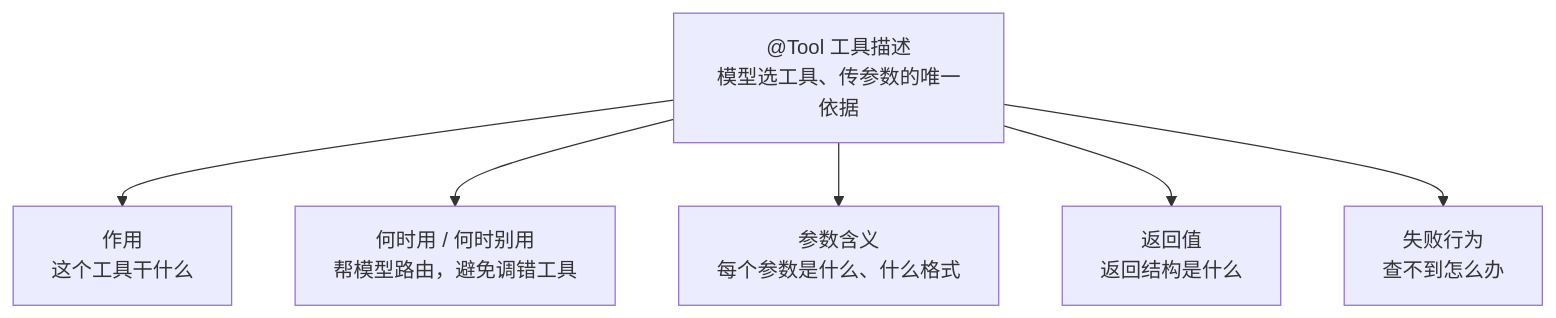
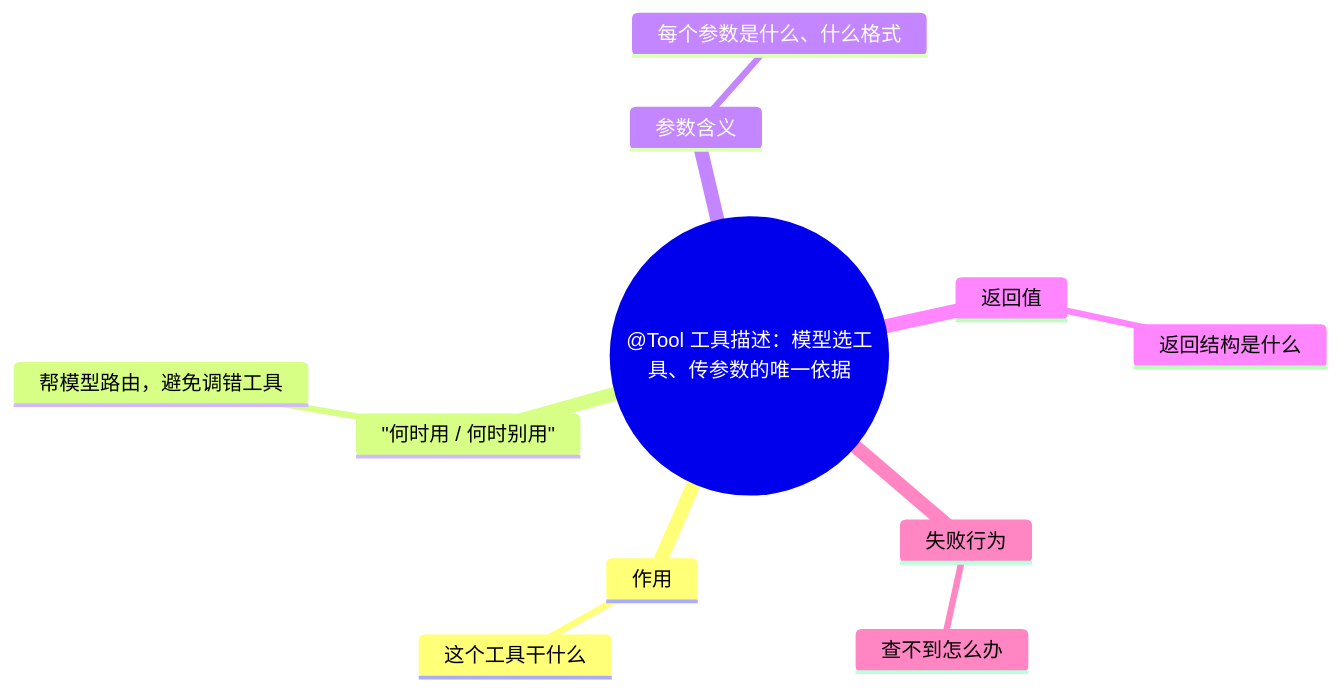
The first of 3 diagrams in docs/附录/Agent与提示词工程专题/08-Agent开发的提示词实战.md (UranusGit/java-agent-learn), drawn with Mermaid before and after one commit. The commit also changed 11 other files, not shown here.

First line of the commit message:
docs全库mermaid图选型复核：纯分类图由flowchart改为mindmap

````diff
--- a/docs/附录/Agent与提示词工程专题/08-Agent开发的提示词实战.md
+++ b/docs/附录/Agent与提示词工程专题/08-Agent开发的提示词实战.md
@@ -61,8 +61,14 @@
 ```mermaid
-flowchart TD
-    T["@Tool 工具描述<br/>模型选工具、传参数的唯一依据"] --> A["作用<br/>这个工具干什么"]
-    T --> B["何时用 / 何时别用<br/>帮模型路由，避免调错工具"]
-    T --> C["参数含义<br/>每个参数是什么、什么格式"]
-    T --> D["返回值<br/>返回结构是什么"]
-    T --> E["失败行为<br/>查不到怎么办"]
+mindmap
+  root((@Tool 工具描述：模型选工具、传参数的唯一依据))
+    作用
+      这个工具干什么
+    "何时用 / 何时别用"
+      帮模型路由，避免调错工具
+    参数含义
+      每个参数是什么、什么格式
+    返回值
+      返回结构是什么
+    失败行为
+      查不到怎么办
 ```
````
